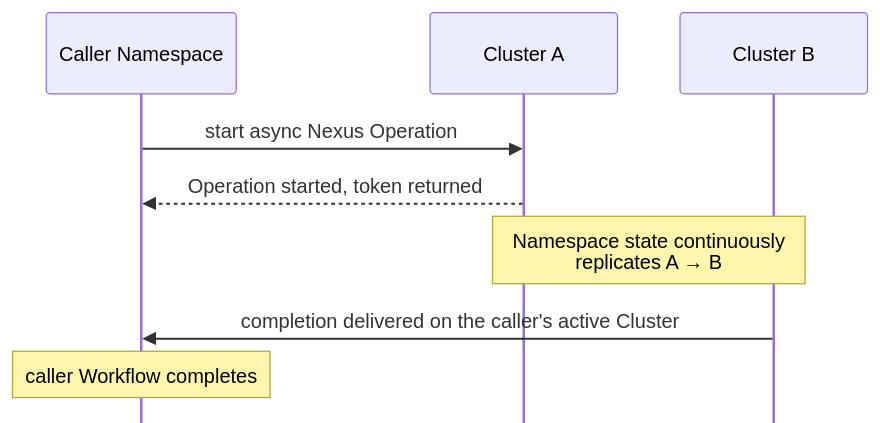
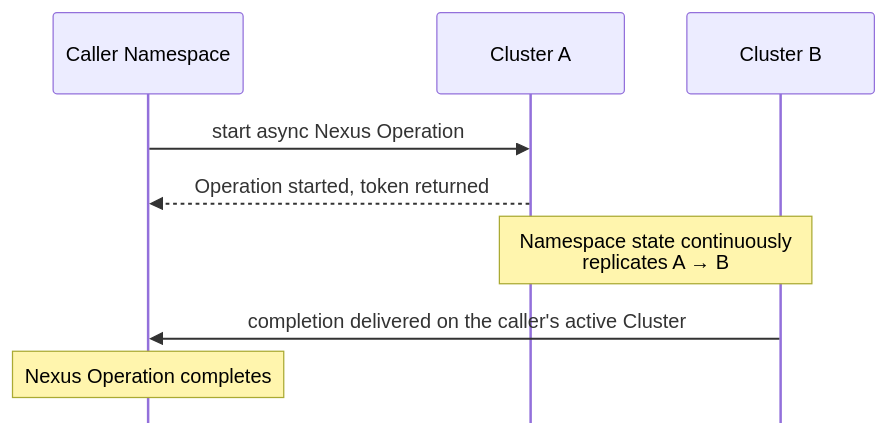
One commit to temporalio/documentation changed the diagram in docs/production-deployment/self-hosted-guide/temporal-nexus.mdx. Above: the diagram before and after it, drawn with Mermaid.

````diff
--- a/docs/production-deployment/self-hosted-guide/temporal-nexus.mdx
+++ b/docs/production-deployment/self-hosted-guide/temporal-nexus.mdx
@@ -137,12 +137,12 @@
 ```mermaid
 %%{init: {'sequence': {'mirrorActors': false}}}%%
 sequenceDiagram
     participant C as Caller Namespace
     participant A as Cluster A
     participant B as Cluster B
     C->>A: start async Nexus Operation
     A-->>C: Operation started, token returned
     Note over A,B: Namespace state continuously<br/>replicates A → B
     B->>C: completion delivered on the caller's active Cluster
-    Note over C: caller Workflow completes
+    Note over C: Nexus Operation completes
 ```
````
